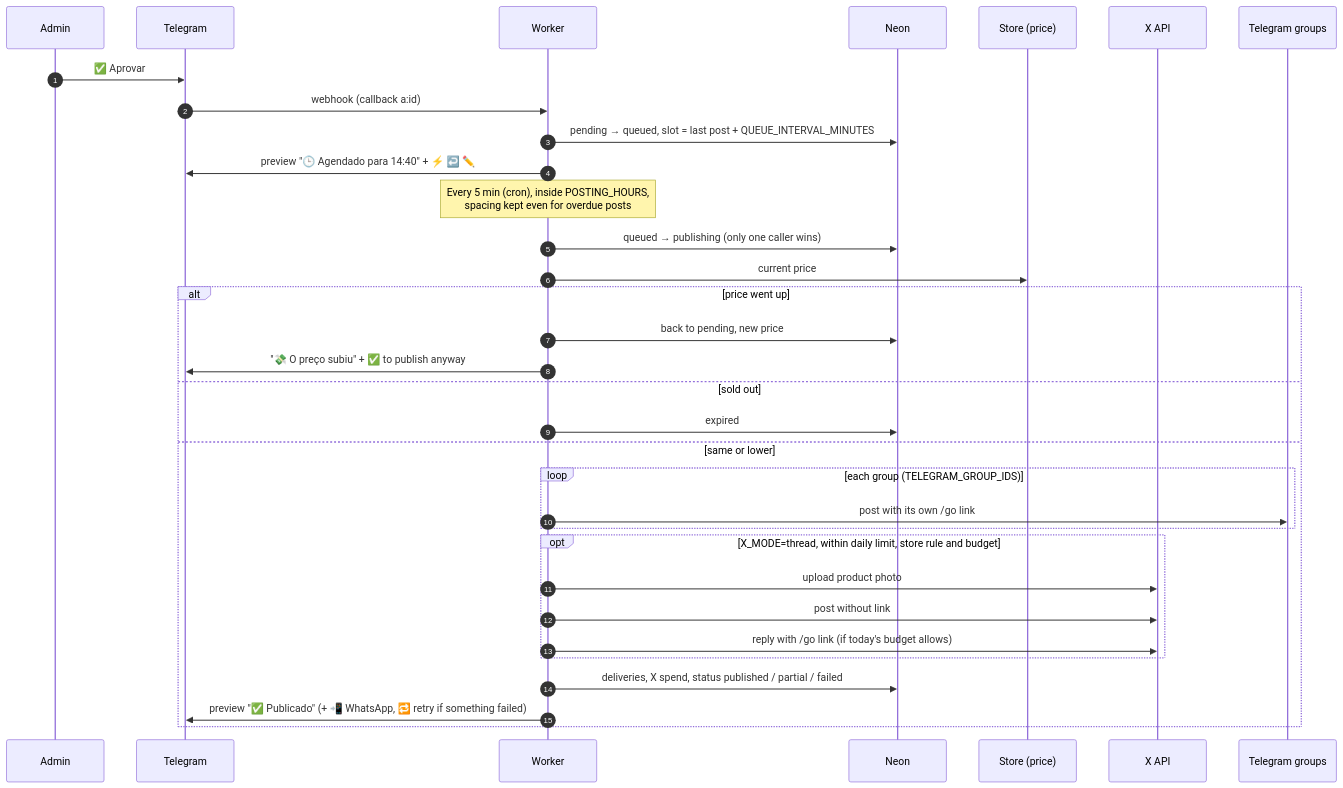
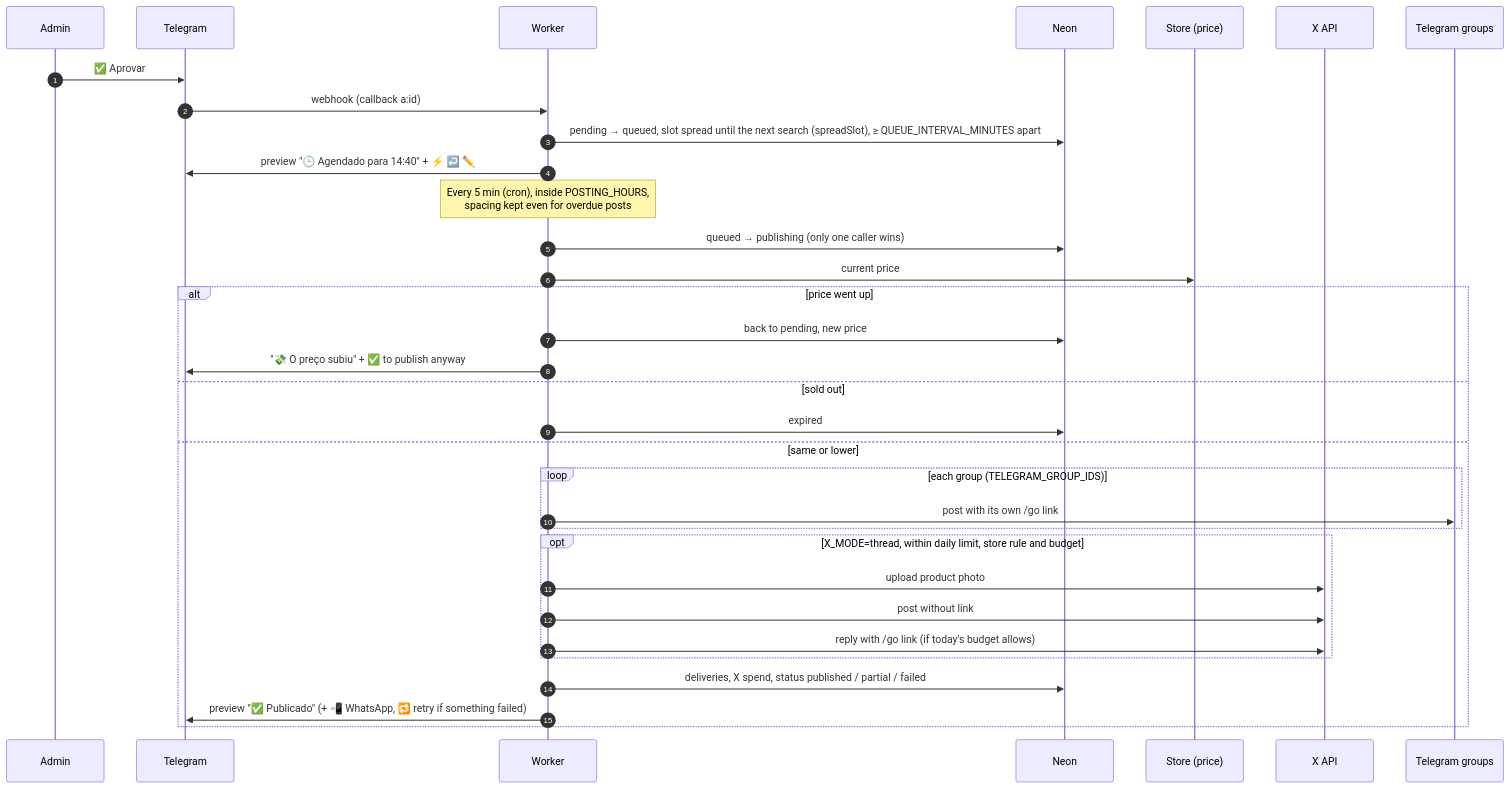
Before and after one commit to David-Ackerman/dev-das-promos: the fifth of 9 diagrams in docs/ARCHITECTURE.md, drawn with Mermaid. The commit also changed other lines of this file and 15 other files, not shown here.

First line of the commit message:
feat: 3 searches a day, posts spread until the next one, 🔎 search button, batches of links (#1)

````diff
--- a/docs/ARCHITECTURE.md
+++ b/docs/ARCHITECTURE.md
@@ -188,36 +189,36 @@
 ```mermaid
 sequenceDiagram
   autonumber
   participant Admin
   participant TG as Telegram
   participant W as Worker
   participant DB as Neon
   participant Store as Store (price)
   participant X as X API
   participant Groups as Telegram groups
 
   Admin->>TG: ✅ Aprovar
   TG->>W: webhook (callback a:id)
-  W->>DB: pending → queued, slot = last post + QUEUE_INTERVAL_MINUTES
+  W->>DB: pending → queued, slot spread until the next search (spreadSlot), ≥ QUEUE_INTERVAL_MINUTES apart
   W->>TG: preview "🕒 Agendado para 14:40" + ⚡ ↩️ ✏️
   Note over W: Every 5 min (cron), inside POSTING_HOURS,<br/>spacing kept even for overdue posts
   W->>DB: queued → publishing (only one caller wins)
   W->>Store: current price
   alt price went up
     W->>DB: back to pending, new price
     W->>TG: "💸 O preço subiu" + ✅ to publish anyway
   else sold out
     W->>DB: expired
   else same or lower
     loop each group (TELEGRAM_GROUP_IDS)
       W->>Groups: post with its own /go link
     end
     opt X_MODE=thread, within daily limit, store rule and budget
       W->>X: upload product photo
       W->>X: post without link
       W->>X: reply with /go link (if today's budget allows)
     end
     W->>DB: deliveries, X spend, status published / partial / failed
     W->>TG: preview "✅ Publicado" (+ 📲 WhatsApp, 🔁 retry if something failed)
   end
 ```
````
